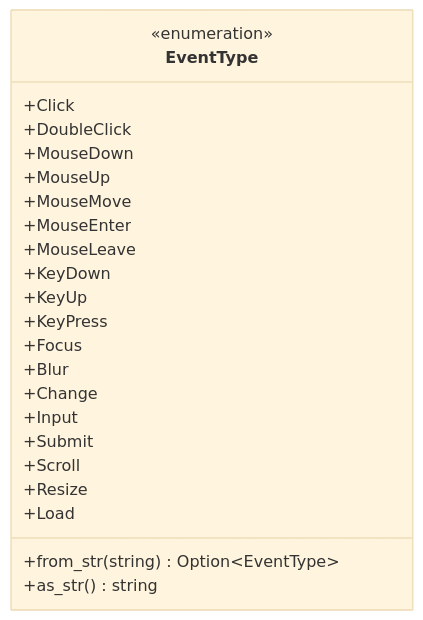
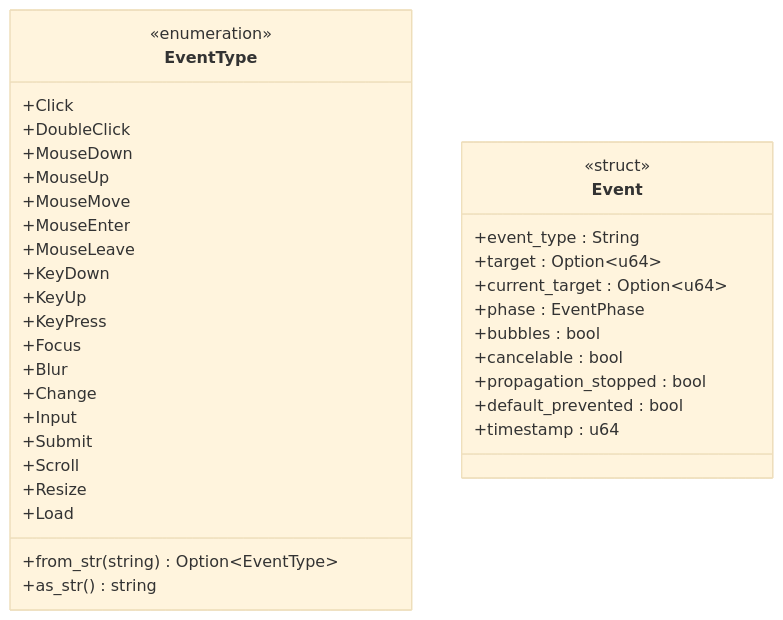
Before and after one commit to itszzl-sudo/iris: the second of 9 diagrams in .qoder/repowiki/zh/content/技术架构详解/跨端抽象层/iris-dom事件系统.md, drawn with Mermaid (base theme). The commit also changed other lines of this file and 8 other files, not shown here.

````diff
--- a/.qoder/repowiki/zh/content/技术架构详解/跨端抽象层/iris-dom事件系统.md
+++ b/.qoder/repowiki/zh/content/技术架构详解/跨端抽象层/iris-dom事件系统.md
@@ -75,26 +102,38 @@
 ```mermaid
 classDiagram
 class EventType {
 <<enumeration>>
 +Click
 +DoubleClick
 +MouseDown
 +MouseUp
 +MouseMove
 +MouseEnter
 +MouseLeave
 +KeyDown
 +KeyUp
 +KeyPress
 +Focus
 +Blur
 +Change
 +Input
 +Submit
 +Scroll
 +Resize
 +Load
 +from_str(string) Option~EventType~
 +as_str() string
 }
+class Event {
+<<struct>>
++event_type : String
++target : Option~u64~
++current_target : Option~u64~
++phase : EventPhase
++bubbles : bool
++cancelable : bool
++propagation_stopped : bool
++default_prevented : bool
++timestamp : u64
+}
 ```
````
